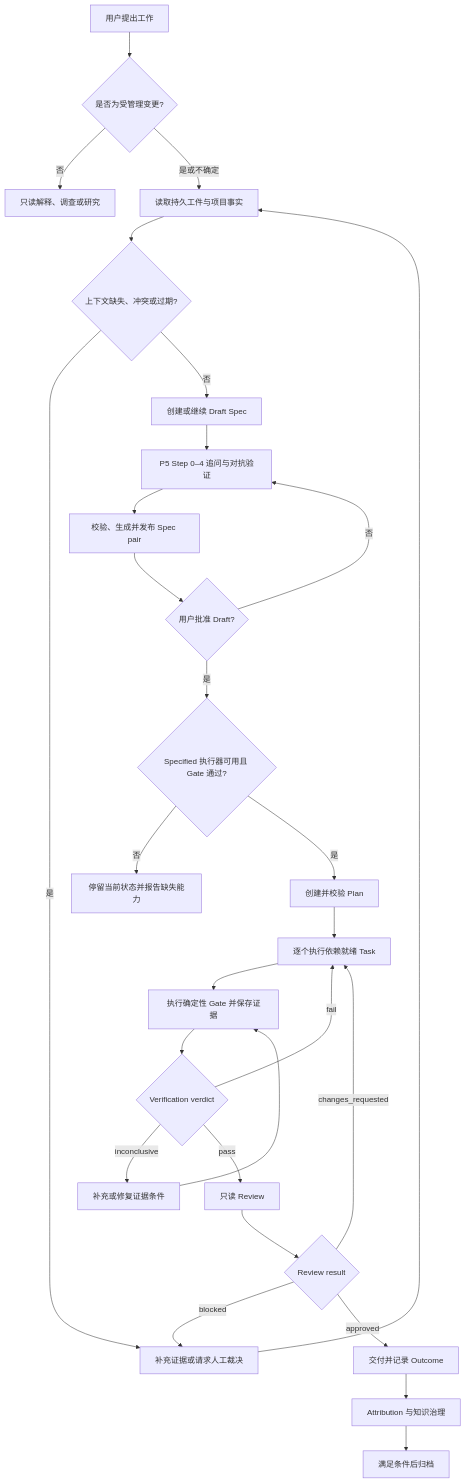
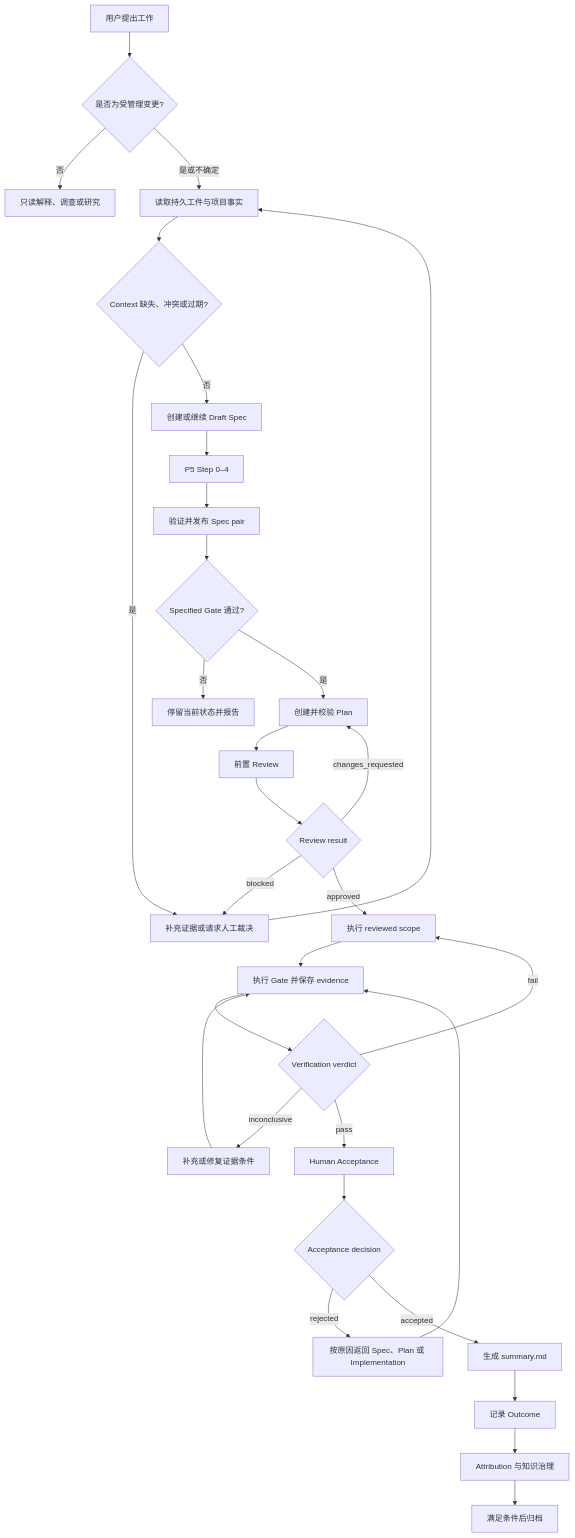
The diagram in docs/design/workflow.md (zhanyan-Ader1y/Themis), drawn with Mermaid before and after one commit. The commit also changed other lines of this file and 65 other files, not shown here.

````diff
--- a/docs/design/workflow.md
+++ b/docs/design/workflow.md
@@ -38,30 +50,33 @@
 ```mermaid
 flowchart TD
     START[用户提出工作] --> MANAGED{是否为受管理变更?}
     MANAGED -- 否 --> READONLY[只读解释、调查或研究]
     MANAGED -- 是或不确定 --> CONTEXT[读取持久工件与项目事实]
-    CONTEXT --> CONFLICT{上下文缺失、冲突或过期?}
+    CONTEXT --> CONFLICT{Context 缺失、冲突或过期?}
     CONFLICT -- 是 --> RESOLVE[补充证据或请求人工裁决]
     RESOLVE --> CONTEXT
     CONFLICT -- 否 --> DRAFT[创建或继续 Draft Spec]
-    DRAFT --> QUESTION[P5 Step 0–4 追问与对抗验证]
-    QUESTION --> PUBLISH[校验、生成并发布 Spec pair]
-    PUBLISH --> APPROVE{用户批准 Draft?}
-    APPROVE -- 否 --> QUESTION
-    APPROVE -- 是 --> SPEC_GATE{Specified 执行器可用且 Gate 通过?}
-    SPEC_GATE -- 否 --> STOP[停留当前状态并报告缺失能力]
-    SPEC_GATE -- 是 --> PLAN[创建并校验 Plan]
-    PLAN --> IMPLEMENT[逐个执行依赖就绪 Task]
-    IMPLEMENT --> VERIFY[执行确定性 Gate 并保存证据]
+    DRAFT --> QUESTION[P5 Step 0–4]
+    QUESTION --> PUBLISH[验证并发布 Spec pair]
+    PUBLISH --> SPECIFIED{Specified Gate 通过?}
+    SPECIFIED -- 否 --> STOP[停留当前状态并报告]
+    SPECIFIED -- 是 --> PLAN[创建并校验 Plan]
+    PLAN --> REVIEW[前置 Review]
+    REVIEW --> REVIEW_RESULT{Review result}
+    REVIEW_RESULT -- changes_requested --> PLAN
+    REVIEW_RESULT -- blocked --> RESOLVE
+    REVIEW_RESULT -- approved --> IMPLEMENT[执行 reviewed scope]
+    IMPLEMENT --> VERIFY[执行 Gate 并保存 evidence]
     VERIFY --> VERDICT{Verification verdict}
     VERDICT -- fail --> IMPLEMENT
     VERDICT -- inconclusive --> EVIDENCE[补充或修复证据条件]
     EVIDENCE --> VERIFY
-    VERDICT -- pass --> REVIEW[只读 Review]
-    REVIEW --> RESULT{Review result}
-    RESULT -- changes_requested --> IMPLEMENT
-    RESULT -- blocked --> RESOLVE
-    RESULT -- approved --> OUTCOME[交付并记录 Outcome]
+    VERDICT -- pass --> ACCEPT[Human Acceptance]
+    ACCEPT --> ACCEPT_RESULT{Acceptance decision}
+    ACCEPT_RESULT -- rejected --> REWORK[按原因返回 Spec、Plan 或 Implementation]
+    REWORK --> VERIFY
+    ACCEPT_RESULT -- accepted --> SUMMARY[生成 summary.md]
+    SUMMARY --> OUTCOME[记录 Outcome]
     OUTCOME --> KNOWLEDGE[Attribution 与知识治理]
     KNOWLEDGE --> ARCHIVE[满足条件后归档]
 ```
````
